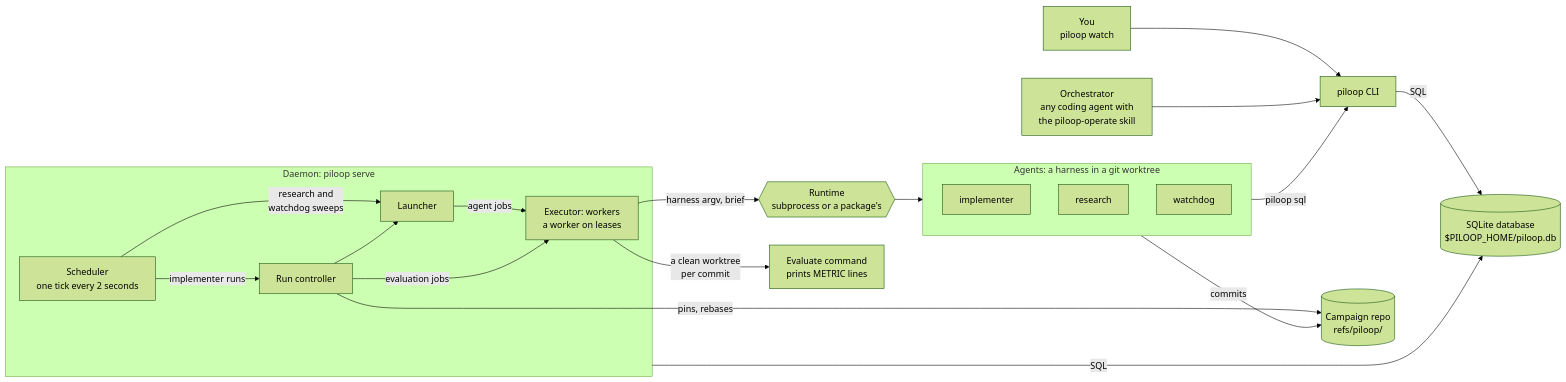
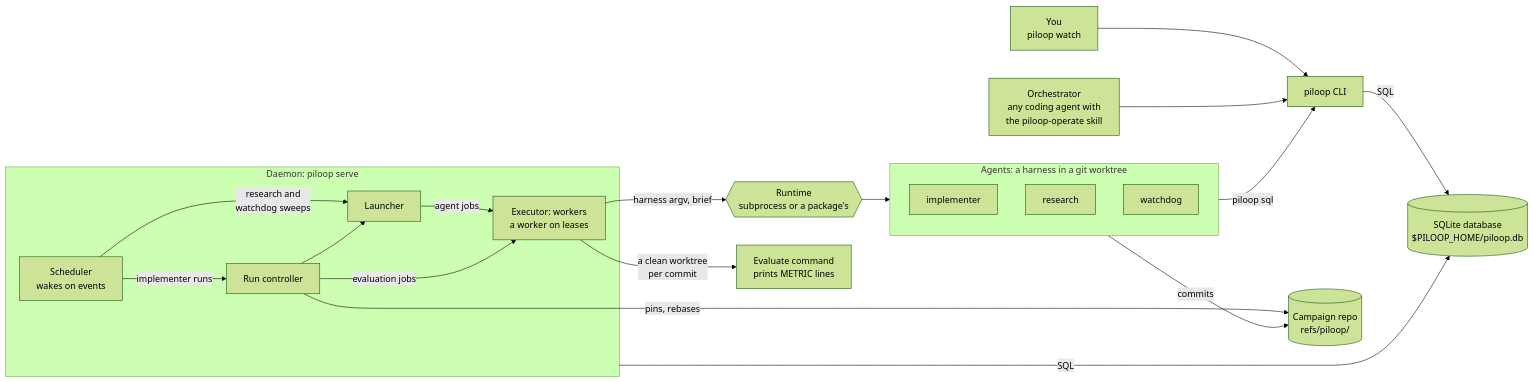
One commit to VatsaDev/piloop changed the second of 2 diagrams in docs/architecture/overview.mdx. Above: the diagram before and after it, drawn with Mermaid (forest theme). The commit also changed other lines of this file and 83 other files, not shown here.

First line of the commit message:
feat!: the daemon wakes on the feed and on the times its rules name, not on a 2-second tick (#289)

````diff
--- a/docs/architecture/overview.mdx
+++ b/docs/architecture/overview.mdx
@@ -64,37 +64,37 @@
 ```mermaid
 flowchart LR
     human["You<br/>piloop watch"]
     orch["Orchestrator<br/>any coding agent with<br/>the piloop-operate skill"]
     cli["piloop CLI"]
     db[("SQLite database<br/>$PILOOP_HOME/piloop.db")]
     subgraph daemon["Daemon: piloop serve"]
-        scheduler["Scheduler<br/>one tick every 2 seconds"]
+        scheduler["Scheduler<br/>wakes on events"]
         controller["Run controller"]
         launcher["Launcher"]
         worker["Executor: workers<br/>a worker on leases"]
     end
     runtime{{"Runtime<br/>subprocess or a package's"}}
     subgraph agents["Agents: a harness in a git worktree"]
         implementer["implementer"]
         research["research"]
         watchdog["watchdog"]
     end
     evaluate["Evaluate command<br/>prints METRIC lines"]
     repo[("Campaign repo<br/>refs/piloop/")]
 
     human --> cli
     orch --> cli
     cli -->|SQL| db
     daemon -->|SQL| db
     scheduler -->|implementer runs| controller
     scheduler -->|research and<br/>watchdog sweeps| launcher
     controller --> launcher
     launcher -->|agent jobs| worker
     controller -->|evaluation jobs| worker
     worker -->|harness argv, brief| runtime
     runtime --> agents
     agents -->|piloop sql| cli
     agents -->|commits| repo
     worker -->|a clean worktree<br/>per commit| evaluate
     controller -->|pins, rebases| repo
 ```
````
